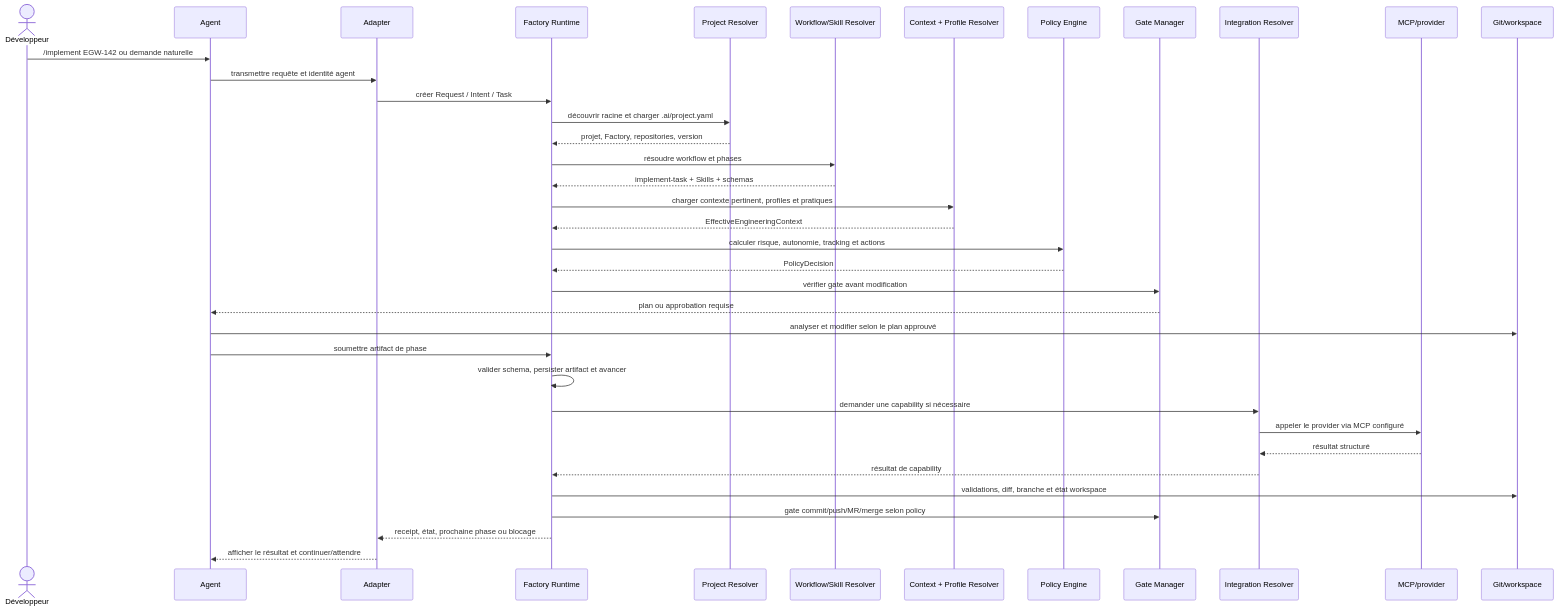
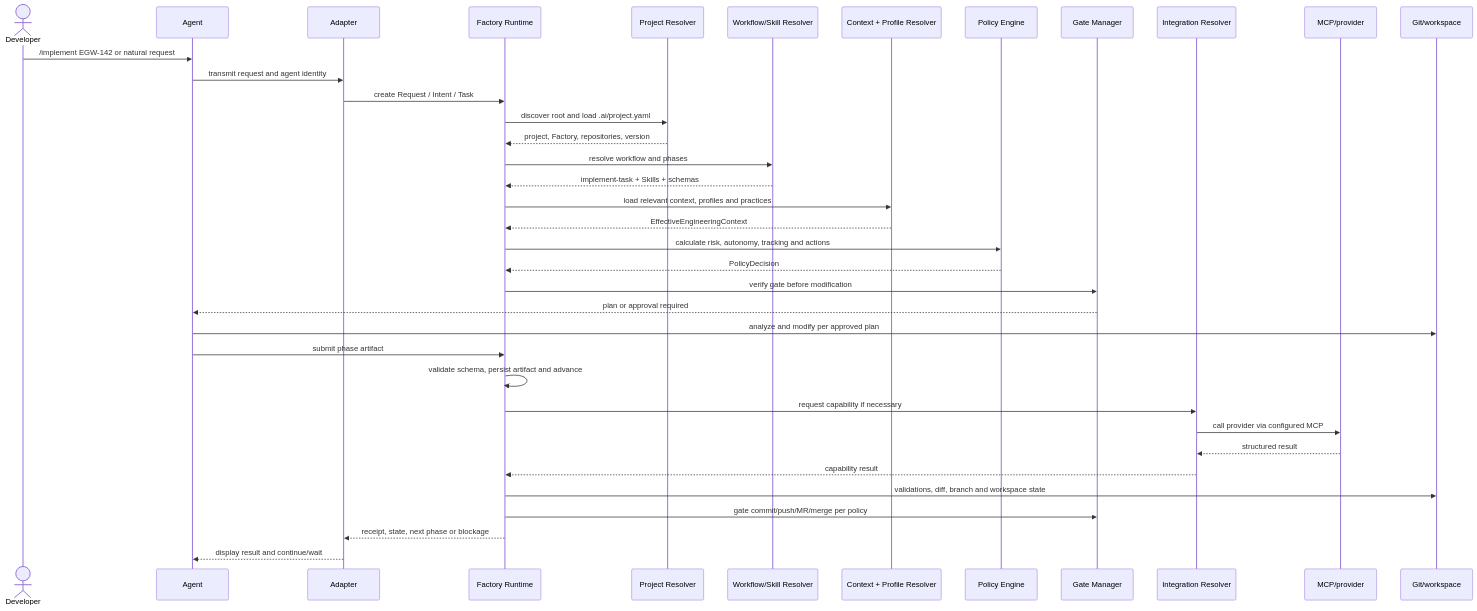
One commit to ricken07/ai-engineering-factory changed the third of 8 diagrams in docs/00-factory-reference-architecture.md. Above: the diagram before and after it, drawn with Mermaid. The commit also changed other lines of this file and 32 other files, not shown here.

````diff
--- a/docs/00-factory-reference-architecture.md
+++ b/docs/00-factory-reference-architecture.md
@@ -205,40 +197,40 @@
 ```mermaid
 sequenceDiagram
-    actor D as Développeur
+    actor D as Developer
     participant A as Agent
     participant AD as Adapter
     participant R as Factory Runtime
     participant P as Project Resolver
     participant W as Workflow/Skill Resolver
     participant C as Context + Profile Resolver
     participant PE as Policy Engine
     participant G as Gate Manager
     participant I as Integration Resolver
     participant M as MCP/provider
     participant FS as Git/workspace
 
-    D->>A: /implement EGW-142 ou demande naturelle
-    A->>AD: transmettre requête et identité agent
-    AD->>R: créer Request / Intent / Task
-    R->>P: découvrir racine et charger .ai/project.yaml
-    P-->>R: projet, Factory, repositories, version
-    R->>W: résoudre workflow et phases
+    D->>A: /implement EGW-142 or natural request
+    A->>AD: transmit request and agent identity
+    AD->>R: create Request / Intent / Task
+    R->>P: discover root and load .ai/project.yaml
+    P-->>R: project, Factory, repositories, version
+    R->>W: resolve workflow and phases
     W-->>R: implement-task + Skills + schemas
-    R->>C: charger contexte pertinent, profiles et pratiques
+    R->>C: load relevant context, profiles and practices
     C-->>R: EffectiveEngineeringContext
-    R->>PE: calculer risque, autonomie, tracking et actions
+    R->>PE: calculate risk, autonomy, tracking and actions
     PE-->>R: PolicyDecision
-    R->>G: vérifier gate avant modification
-    G-->>A: plan ou approbation requise
-    A->>FS: analyser et modifier selon le plan approuvé
-    A->>R: soumettre artifact de phase
-    R->>R: valider schema, persister artifact et avancer
-    R->>I: demander une capability si nécessaire
-    I->>M: appeler le provider via MCP configuré
-    M-->>I: résultat structuré
-    I-->>R: résultat de capability
-    R->>FS: validations, diff, branche et état workspace
-    R->>G: gate commit/push/MR/merge selon policy
-    R-->>AD: receipt, état, prochaine phase ou blocage
-    AD-->>A: afficher le résultat et continuer/attendre
+    R->>G: verify gate before modification
+    G-->>A: plan or approval required
+    A->>FS: analyze and modify per approved plan
+    A->>R: submit phase artifact
+    R->>R: validate schema, persist artifact and advance
+    R->>I: request capability if necessary
+    I->>M: call provider via configured MCP
+    M-->>I: structured result
+    I-->>R: capability result
+    R->>FS: validations, diff, branch and workspace state
+    R->>G: gate commit/push/MR/merge per policy
+    R-->>AD: receipt, state, next phase or blockage
+    AD-->>A: display result and continue/wait
 ```
````
